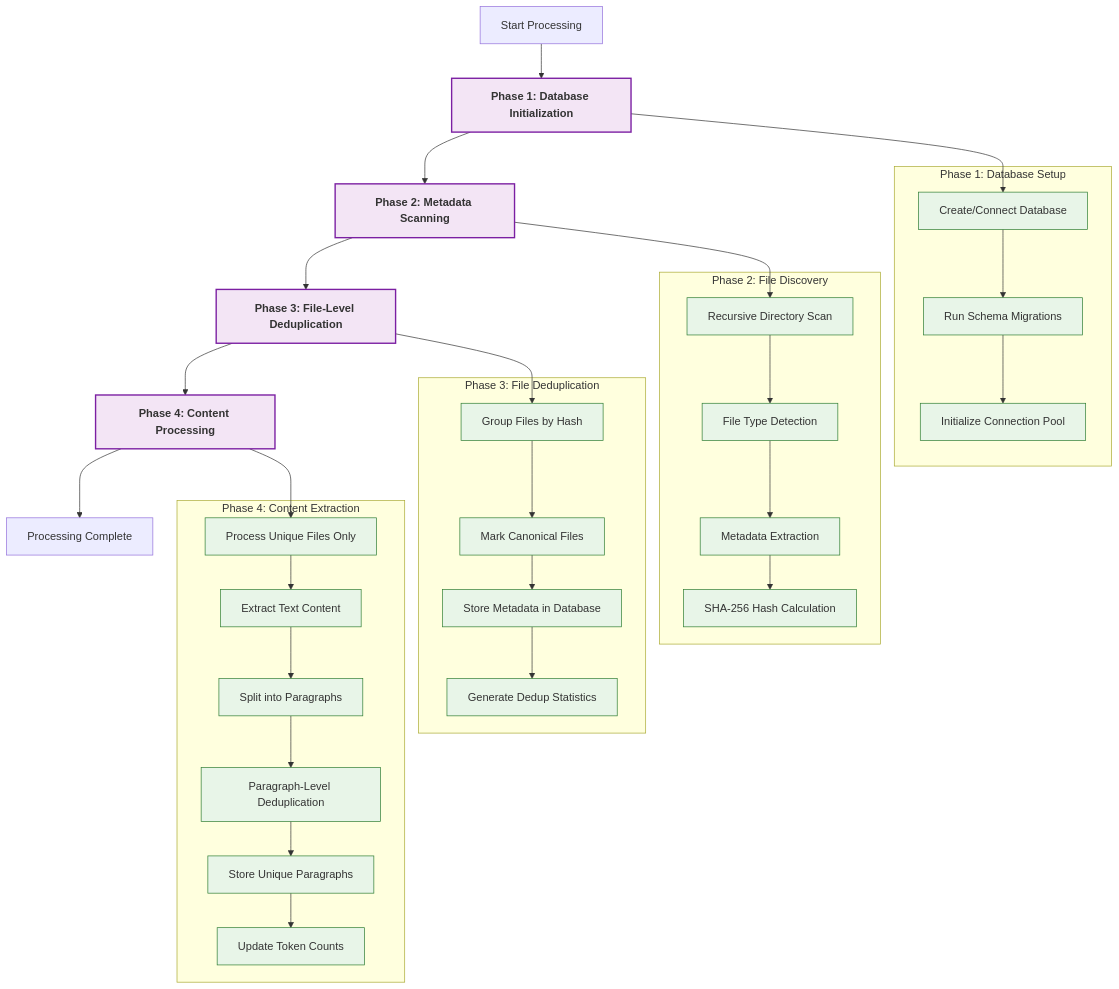
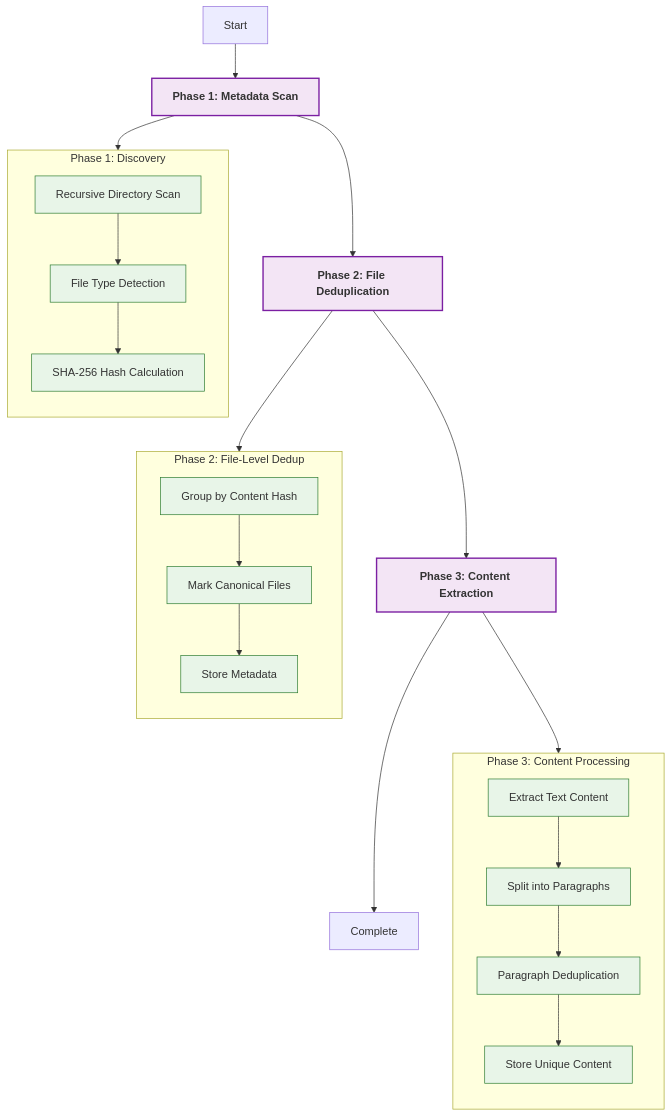
Before and after one commit to that-in-rust/pensieve-local-llm-server: the second of 3 diagrams in README.md, drawn with Mermaid. The commit also changed other lines of this file and 1726 other files, not shown here.

````diff
--- a/README.md
+++ b/README.md
@@ -164,64 +56,48 @@
 ```mermaid
 graph TD
-    Start[Start Processing] --> Phase1[Phase 1: Database Initialization]
-    Phase1 --> Phase2[Phase 2: Metadata Scanning]
-    Phase2 --> Phase3[Phase 3: File-Level Deduplication]
-    Phase3 --> Phase4[Phase 4: Content Processing]
-    Phase4 --> Complete[Processing Complete]
+    Start[Start] --> Phase1[Phase 1: Metadata Scan]
+    Phase1 --> Phase2[Phase 2: File Deduplication]
+    Phase2 --> Phase3[Phase 3: Content Extraction]
+    Phase3 --> Complete[Complete]
     
-    subgraph "Phase 1: Database Setup"
-        P1A[Create/Connect Database]
-        P1B[Run Schema Migrations]
-        P1C[Initialize Connection Pool]
+    subgraph "Phase 1: Discovery"
+        direction TB
+        P1A[Recursive Directory Scan]
+        P1B[File Type Detection]
+        P1C[SHA-256 Hash Calculation]
     end
     
-    subgraph "Phase 2: File Discovery"
-        P2A[Recursive Directory Scan]
-        P2B[File Type Detection]
-        P2C[Metadata Extraction]
-        P2D[SHA-256 Hash Calculation]
+    subgraph "Phase 2: File-Level Dedup"
+        direction TB
+        P2A[Group by Content Hash]
+        P2B[Mark Canonical Files]
+        P2C[Store Metadata]
     end
     
-    subgraph "Phase 3: File Deduplication"
-        P3A[Group Files by Hash]
-        P3B[Mark Canonical Files]
-        P3C[Store Metadata in Database]
-        P3D[Generate Dedup Statistics]
-    end
-    
-    subgraph "Phase 4: Content Extraction"
-        P4A[Process Unique Files Only]
-        P4B[Extract Text Content]
-        P4C[Split into Paragraphs]
-        P4D[Paragraph-Level Deduplication]
-        P4E[Store Unique Paragraphs]
-        P4F[Update Token Counts]
+    subgraph "Phase 3: Content Processing"
+        direction TB
+        P3A[Extract Text Content]
+        P3B[Split into Paragraphs]
+        P3C[Paragraph Deduplication]
+        P3D[Store Unique Content]
     end
     
     Phase1 --> P1A
     P1A --> P1B
     P1B --> P1C
     
     Phase2 --> P2A
     P2A --> P2B
     P2B --> P2C
-    P2C --> P2D
     
     Phase3 --> P3A
     P3A --> P3B
     P3B --> P3C
     P3C --> P3D
     
-    Phase4 --> P4A
-    P4A --> P4B
-    P4B --> P4C
-    P4C --> P4D
-    P4D --> P4E
-    P4E --> P4F
-    
     classDef phase fill:#f3e5f5,stroke:#7b1fa2,stroke-width:2px,font-weight:bold
     classDef step fill:#e8f5e8,stroke:#2e7d32,stroke-width:1px
     
-    class Phase1,Phase2,Phase3,Phase4 phase
-    class P1A,P1B,P1C,P2A,P2B,P2C,P2D,P3A,P3B,P3C,P3D,P4A,P4B,P4C,P4D,P4E,P4F step
+    class Phase1,Phase2,Phase3 phase
+    class P1A,P1B,P1C,P2A,P2B,P2C,P3A,P3B,P3C,P3D step
 ```
````
